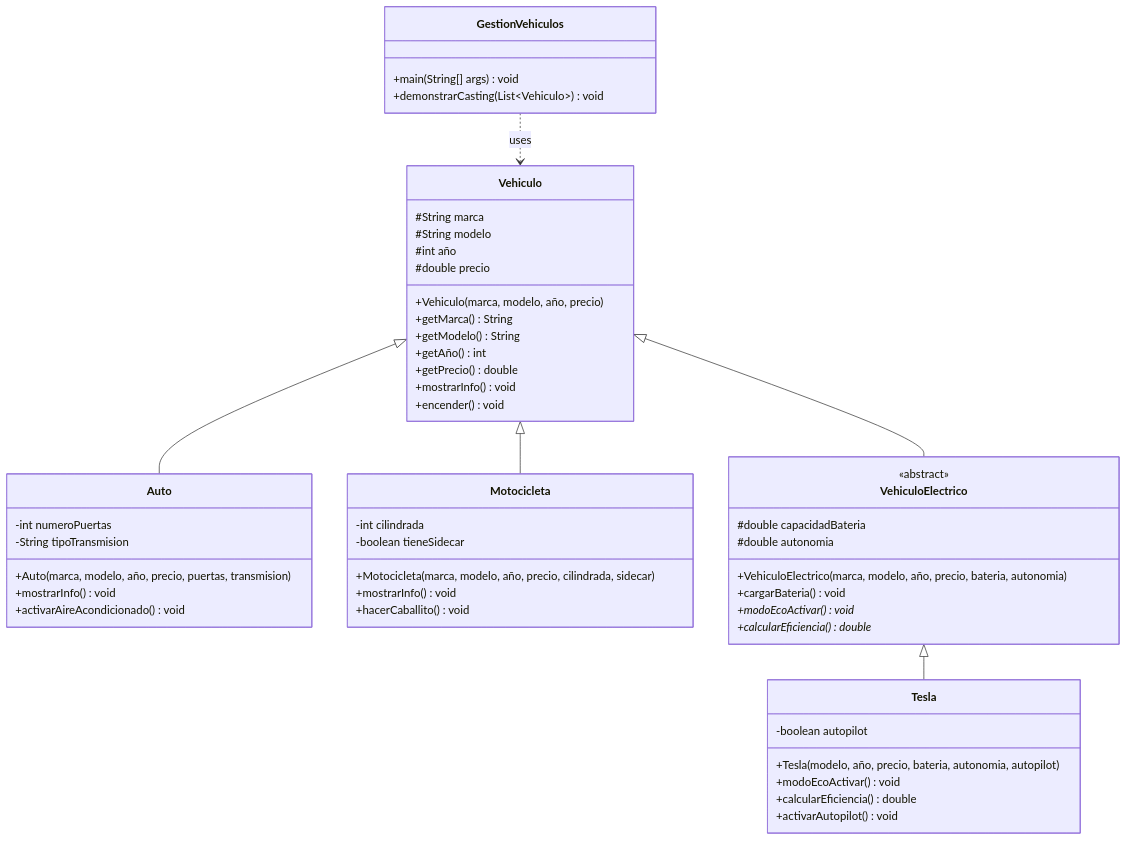
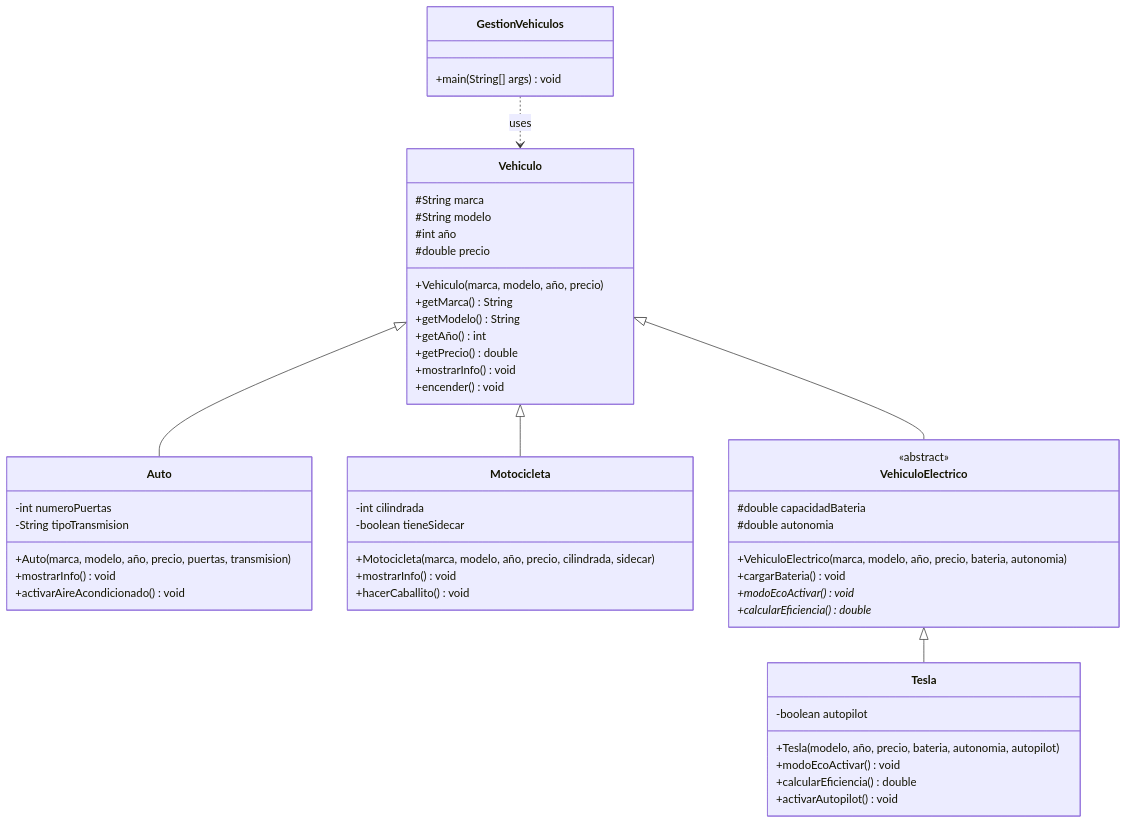
Before and after one commit to ulima-isw02-202502/lab_01_principles_oop: the diagram in README.md, drawn with Mermaid. The commit also changed other lines of this file, not shown here.

````diff
--- a/README.md
+++ b/README.md
@@ -28,61 +28,60 @@
 ```mermaid
 classDiagram
     class Vehiculo {
         #String marca
         #String modelo
         #int año
         #double precio
         +Vehiculo(marca, modelo, año, precio)
         +getMarca() String
         +getModelo() String
         +getAño() int
         +getPrecio() double
         +mostrarInfo() void
         +encender() void
     }
 
     class Auto {
         -int numeroPuertas
         -String tipoTransmision
         +Auto(marca, modelo, año, precio, puertas, transmision)
         +mostrarInfo() void
         +activarAireAcondicionado() void
     }
 
     class Motocicleta {
         -int cilindrada
         -boolean tieneSidecar
         +Motocicleta(marca, modelo, año, precio, cilindrada, sidecar)
         +mostrarInfo() void
         +hacerCaballito() void
     }
 
     class VehiculoElectrico {
         <<abstract>>
         #double capacidadBateria
         #double autonomia
         +VehiculoElectrico(marca, modelo, año, precio, bateria, autonomia)
         +cargarBateria() void
         +modoEcoActivar()* void
         +calcularEficiencia()* double
     }
 
     class Tesla {
         -boolean autopilot
         +Tesla(modelo, año, precio, bateria, autonomia, autopilot)
         +modoEcoActivar() void
         +calcularEficiencia() double
         +activarAutopilot() void
     }
 
     class GestionVehiculos {
         +main(String[] args) void
-        +demonstrarCasting(List~Vehiculo~) void
     }
 
     Vehiculo <|-- Auto
     Vehiculo <|-- Motocicleta
     Vehiculo <|-- VehiculoElectrico
     VehiculoElectrico <|-- Tesla
     GestionVehiculos ..> Vehiculo : uses
 ```
````
